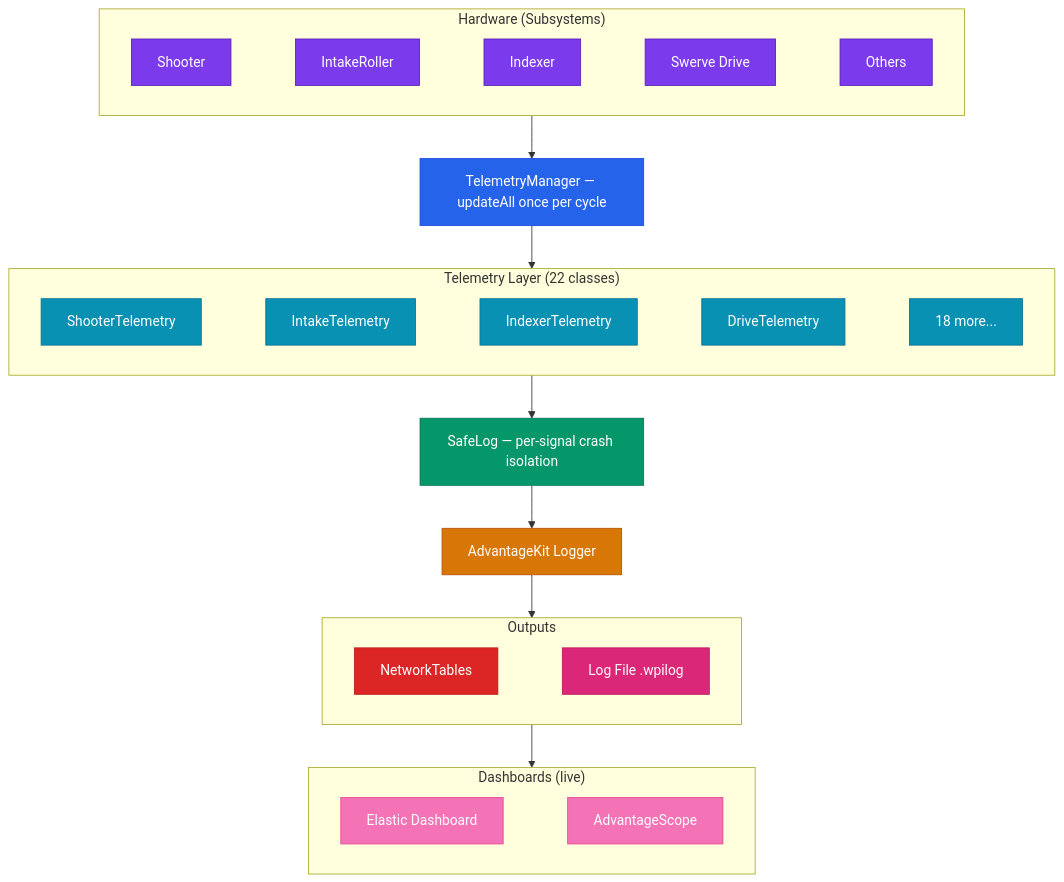
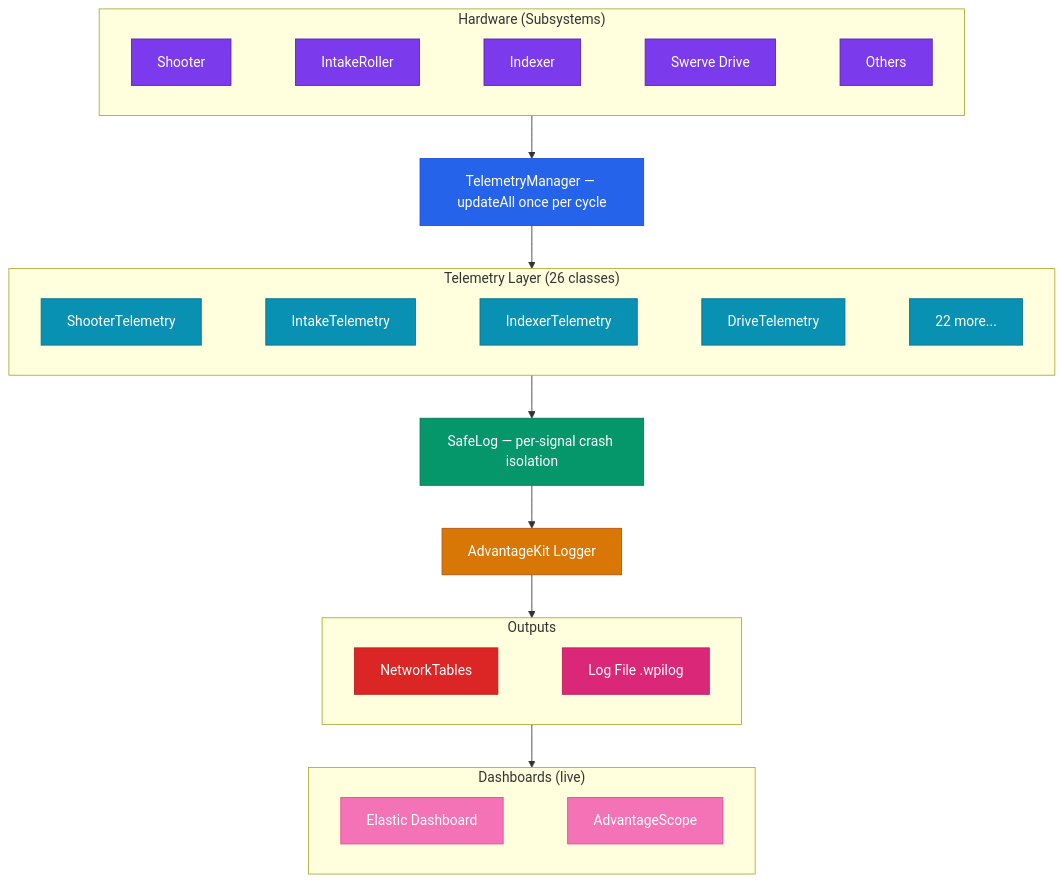
One commit to eeveemara/frc5962-2026-docs changed the first of 3 diagrams in docs/architecture/system-overview.md. Above: the diagram before and after it, drawn with Mermaid. The commit also changed other lines of this file and 7 other files, not shown here.

Commit message:
Update all numbers for competition: 26 telemetry classes, 745+ signals, 16 adopter teams, 5 awards, 2285-line FuelPhysicsSim

````diff
--- a/docs/architecture/system-overview.md
+++ b/docs/architecture/system-overview.md
@@ -11,48 +11,48 @@
 ```mermaid
 flowchart TB
     subgraph HW ["Hardware (Subsystems)"]
         direction LR
         S1[Shooter] ~~~ S2[IntakeRoller] ~~~ S3[Indexer] ~~~ S4[Swerve Drive] ~~~ S5[Others]
     end
 
     TM[TelemetryManager — updateAll once per cycle]
 
-    subgraph TEL ["Telemetry Layer (22 classes)"]
+    subgraph TEL ["Telemetry Layer (26 classes)"]
         direction LR
-        T1[ShooterTelemetry] ~~~ T2[IntakeTelemetry] ~~~ T3[IndexerTelemetry] ~~~ T4[DriveTelemetry] ~~~ T5[18 more...]
+        T1[ShooterTelemetry] ~~~ T2[IntakeTelemetry] ~~~ T3[IndexerTelemetry] ~~~ T4[DriveTelemetry] ~~~ T5[22 more...]
     end
 
     SL[SafeLog — per-signal crash isolation]
     AK[AdvantageKit Logger]
 
     subgraph OUT ["Outputs"]
         direction LR
         NT[NetworkTables] ~~~ LOG[Log File .wpilog]
     end
 
     subgraph DASH ["Dashboards (live)"]
         direction LR
         EL[Elastic Dashboard] ~~~ AS[AdvantageScope]
     end
 
     HW --> TM --> TEL --> SL --> AK --> OUT
     NT --> DASH
 
     style S1 fill:#7c3aed,stroke:#5b21b6,color:#fff
     style S2 fill:#7c3aed,stroke:#5b21b6,color:#fff
     style S3 fill:#7c3aed,stroke:#5b21b6,color:#fff
     style S4 fill:#7c3aed,stroke:#5b21b6,color:#fff
     style S5 fill:#7c3aed,stroke:#5b21b6,color:#fff
     style TM fill:#2563eb,stroke:#1d4ed8,color:#fff
     style T1 fill:#0891b2,stroke:#0e7490,color:#fff
     style T2 fill:#0891b2,stroke:#0e7490,color:#fff
     style T3 fill:#0891b2,stroke:#0e7490,color:#fff
     style T4 fill:#0891b2,stroke:#0e7490,color:#fff
     style T5 fill:#0891b2,stroke:#0e7490,color:#fff
     style SL fill:#059669,stroke:#047857,color:#fff
     style AK fill:#d97706,stroke:#b45309,color:#fff
     style NT fill:#dc2626,stroke:#b91c1c,color:#fff
     style LOG fill:#db2777,stroke:#be185d,color:#fff
     style EL fill:#f472b6,stroke:#ec4899,color:#fff
     style AS fill:#f472b6,stroke:#ec4899,color:#fff
 ```
````
